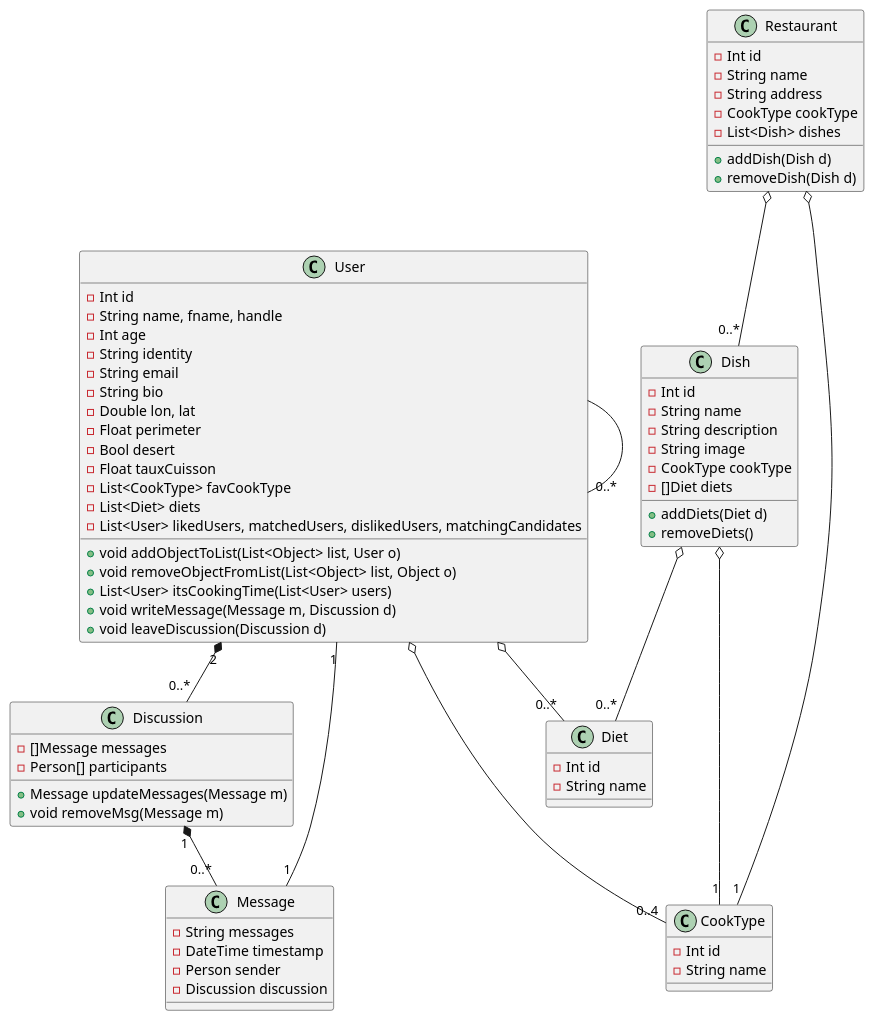
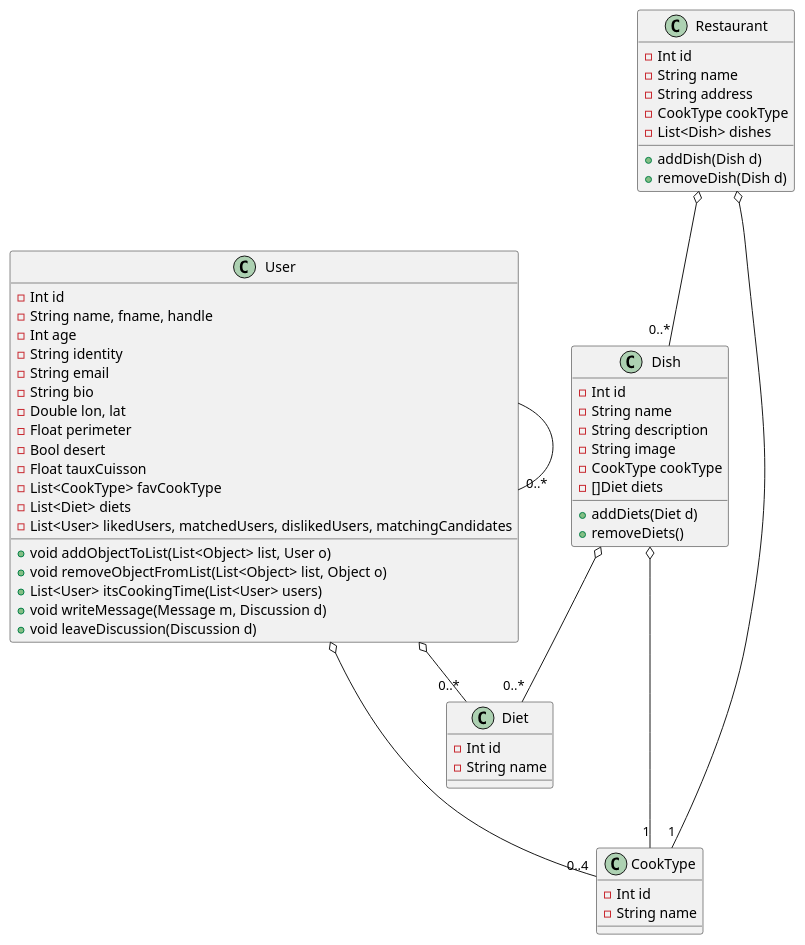
The diagram in class/general.puml (UPPA-s-University-Projects/M1_SIGLIS-MeetBallsUML), drawn with PlantUML before and after one commit. The commit also changed 3 other files, not shown here.

Commit message:
Update class diagrams

```diff
--- a/class/general.puml
+++ b/class/general.puml
@@ -1,90 +1,106 @@
 @startuml 
     Class "User" as person{
    
         - Int id
         - String name, fname, handle
         - Int age
         - String identity
         - String email
         - String bio
         - Double lon, lat
         - Float perimeter
         - Bool desert
         - Float tauxCuisson 
         - List<CookType> favCookType
         - List<Diet> diets
         - List<User> likedUsers, matchedUsers, dislikedUsers, matchingCandidates
 
         + void addObjectToList(List<Object> list, User o)
         + void removeObjectFromList(List<Object> list, Object o)
         + List<User> itsCookingTime(List<User> users)
         + void writeMessage(Message m, Discussion d)
         + void leaveDiscussion(Discussion d)
         
     }
 
     Class "CookType" as cookType{
         - Int id
         - String name
     }
 
     Class "Diet" as diet{
         - Int id
         - String name
     }
 
     Class "Dish" as dish{
         - Int id
         - String name
         - String description
         - String image
         - CookType cookType
         - []Diet diets
 
         + addDiets(Diet d)
         + removeDiets()
 
     }
 
     Class "Restaurant" as restaurant{
         - Int id
         - String name
         - String address
         - CookType cookType
         - List<Dish> dishes
 
         + addDish(Dish d)
         + removeDish(Dish d)
     }
 
 
-    Class "Message" as messaging{
+    /'Class "Message" as messaging{
         - String messages        
         - DateTime timestamp
         - Person sender
         - Discussion discussion
     }
 
     Class "Discussion" as discuss{
         - []Message messages
         - Person[] participants
+        - Observable observable
 
+        + Message addMsg(Message m)
         + Message updateMessages(Message m)
         + void removeMsg(Message m)
     }
+
+    Interface "MessagingSystemObserver" as observer{
+        - void update()
+    }
+
+    Class "MessagingSystemObservable" as observable{
+        - List<User> observers
+        - void addObserver(Observer o)
+        - void removeObserver(Observer o)
+        - void notifyObservers()
+    }'/
 
     person o-- "0..4" cookType
     person o-- "0..*" diet
     person - "0..*" person
 
     dish o--- "1" cookType
     dish o-- "0..*" diet
     
-    discuss "1" *-- "0..*" messaging
+    /'discuss "1" *-- "0..*" messaging
     messaging "1" -- "1" person
-    person "2" *-- "0..*" discuss
+    person "2" *-- "0..*" discuss'/
 
     restaurant o-- "1" cookType
     restaurant o-- "0..*" dish
 
+    /'discuss "1" *-- "0..*" observable
+    observable ..|> observer'/
+
 @enduml
```
